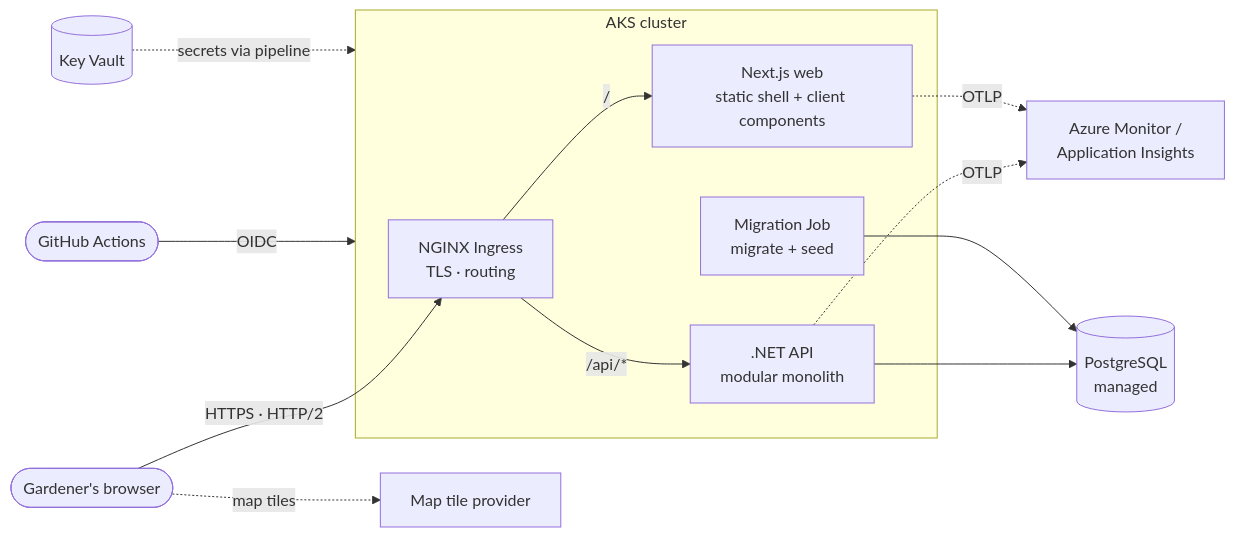
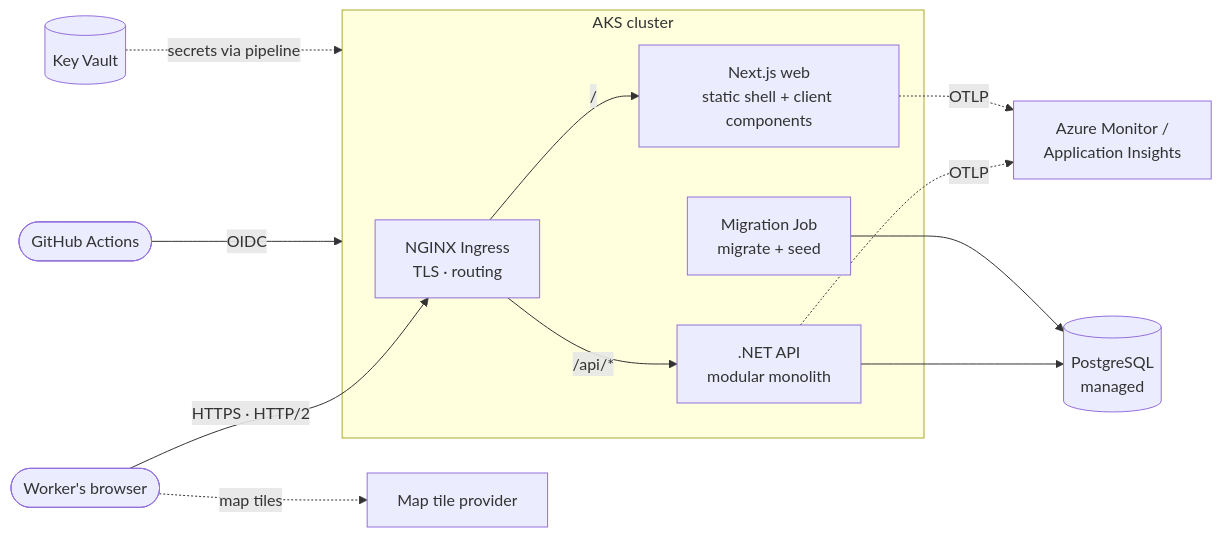
One commit to ring9834/MyTodos changed the first of 8 diagrams in docs/architecture.md. Above: the diagram before and after it, drawn with Mermaid. The commit also changed other lines of this file and 7 other files, not shown here.

````diff
--- a/docs/architecture.md
+++ b/docs/architecture.md
@@ -81,16 +81,16 @@
 ```mermaid
 flowchart LR
-    U([Gardener's browser]) -- HTTPS · HTTP/2 --> I[NGINX Ingress<br/>TLS · routing]
+    U([Worker's browser]) -- HTTPS · HTTP/2 --> I[NGINX Ingress<br/>TLS · routing]
     subgraph AKS[AKS cluster]
         I -- "/" --> W[Next.js web<br/>static shell + client components]
         I -- "/api/*" --> A[.NET API<br/>modular monolith]
         J[Migration Job<br/>migrate + seed]
     end
     A --> D[(PostgreSQL<br/>managed)]
     J --> D
     A -. OTLP .-> M[Azure Monitor /<br/>Application Insights]
     W -. OTLP .-> M
     U -. map tiles .-> T[Map tile provider]
     GH([GitHub Actions]) -- OIDC --> AKS
     KV[(Key Vault)] -. secrets via pipeline .-> AKS
 ```
````
